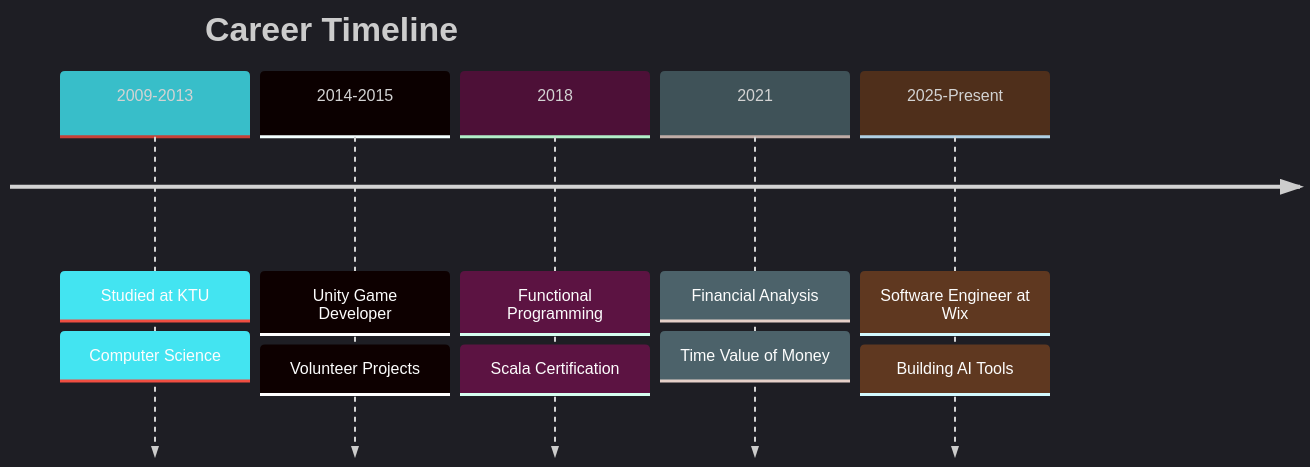
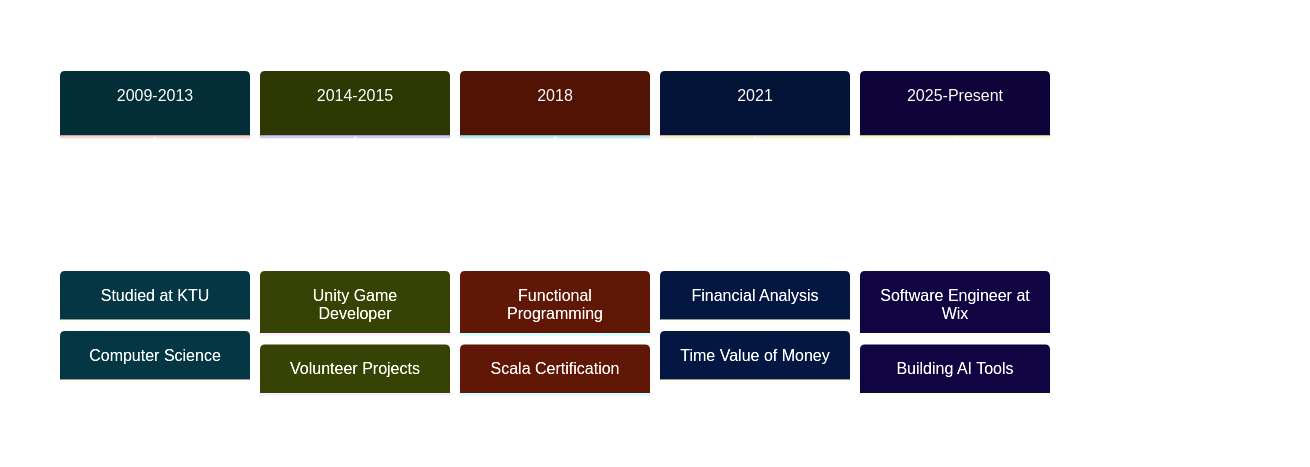
The diagram in README.md (Algiras/Algiras), drawn with Mermaid before and after one commit. The commit also changed other lines of this file, not shown here.

First line of the commit message:
Adapt GitHub profile for light and dark theme support

````diff
--- a/README.md
+++ b/README.md
@@ -215,10 +259,10 @@
 ```mermaid
-%%{init: {'theme':'dark', 'themeVariables': { 'primaryColor':'#38BEC9','primaryTextColor':'#fff','primaryBorderColor':'#38BEC9','lineColor':'#38BEC9','secondaryColor':'#0D1117','tertiaryColor':'#1a1b27'}}}%%
+%%{init: {'theme':'base', 'themeVariables': { 'primaryColor':'#0891b2','primaryTextColor':'#fff','primaryBorderColor':'#0891b2','lineColor':'#0891b2'}}}%%
 timeline
     title Career Timeline
     2009-2013 : Studied at KTU : Computer Science
     2014-2015 : Unity Game Developer : Volunteer Projects
     2018 : Functional Programming : Scala Certification
     2021 : Financial Analysis : Time Value of Money
     2025-Present : Software Engineer at Wix : Building AI Tools
 ```
````
